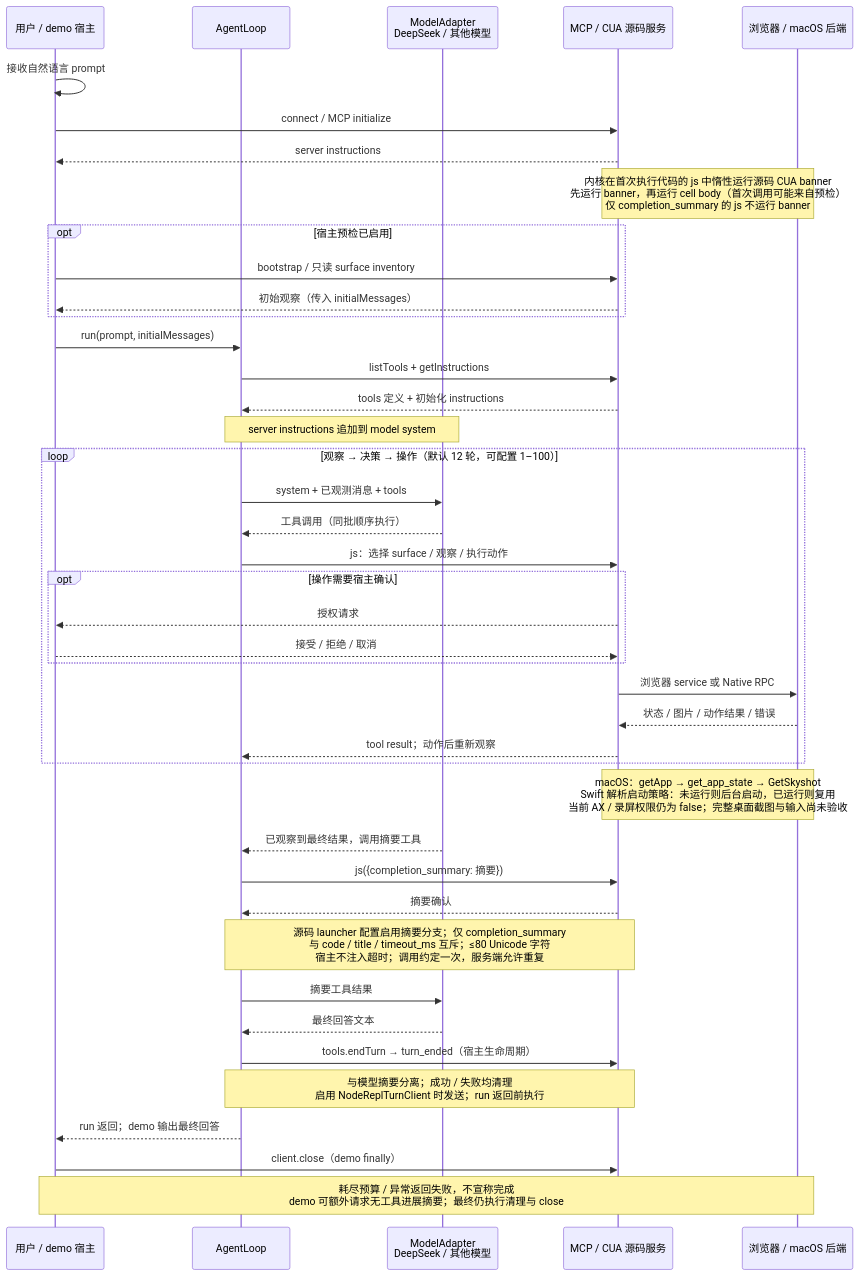
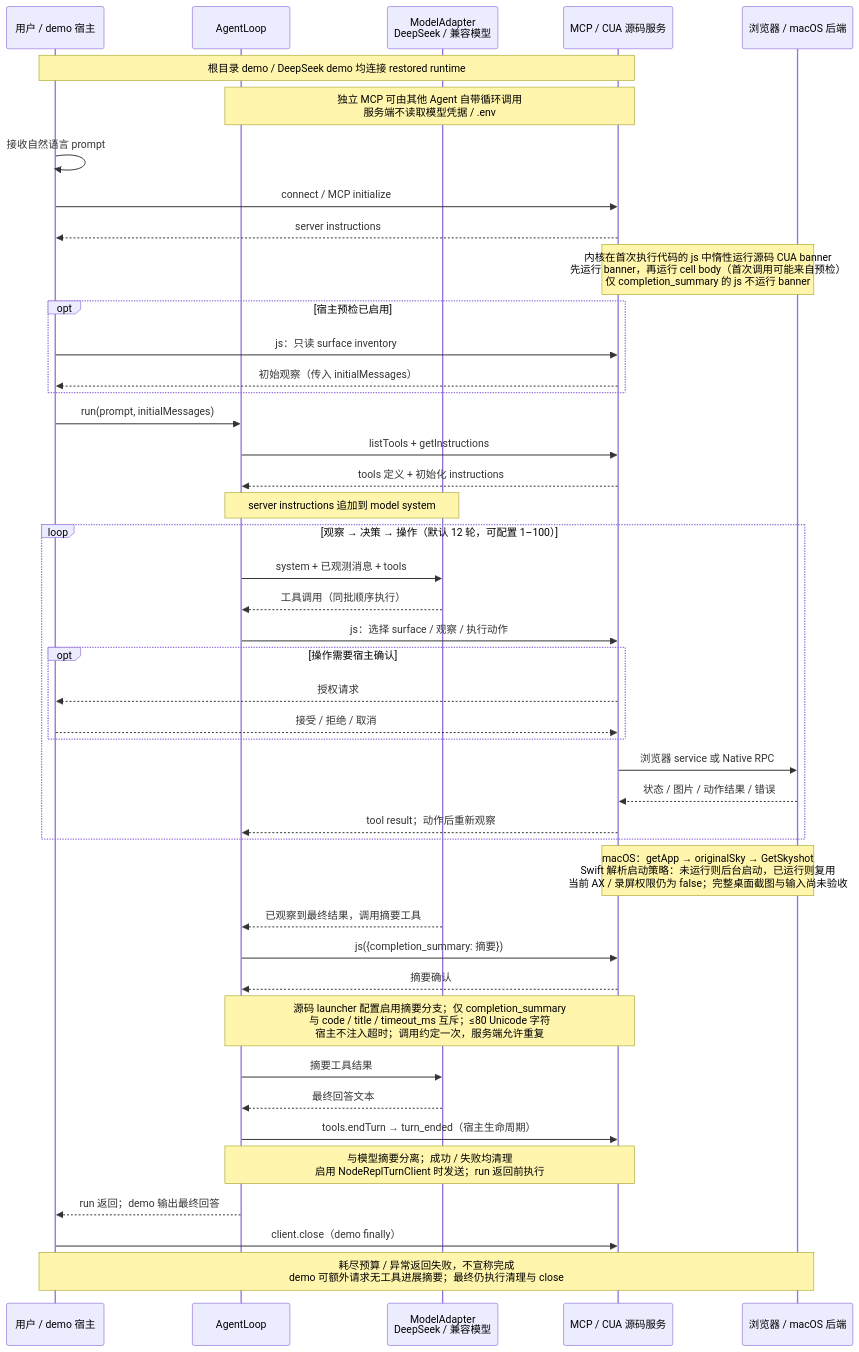
Before and after one commit to vicksiyi/cua-kit: the diagram in docs/diagrams/current-operation-sequence.mmd, drawn with Mermaid. The commit also changed 3 other files, not shown here.

Commit message:
docs: synchronize Lark architecture with migrated default runtime entries

```diff
--- a/docs/diagrams/current-operation-sequence.mmd
+++ b/docs/diagrams/current-operation-sequence.mmd
@@ -1,42 +1,44 @@
 sequenceDiagram
     participant U as 用户 / demo 宿主
     participant L as AgentLoop
-    participant D as ModelAdapter<br/>DeepSeek / 其他模型
+    participant D as ModelAdapter<br/>DeepSeek / 兼容模型
     participant M as MCP / CUA 源码服务
     participant P as 浏览器 / macOS 后端
+    Note over U,M: 根目录 demo / DeepSeek demo 均连接 restored runtime
+    Note over L,M: 独立 MCP 可由其他 Agent 自带循环调用<br/>服务端不读取模型凭据 / .env
     U->>U: 接收自然语言 prompt
     U->>M: connect / MCP initialize
     M-->>U: server instructions
     Note over M,P: 内核在首次执行代码的 js 中惰性运行源码 CUA banner<br/>先运行 banner，再运行 cell body（首次调用可能来自预检）<br/>仅 completion_summary 的 js 不运行 banner
     opt 宿主预检已启用
-        U->>M: bootstrap / 只读 surface inventory
+        U->>M: js：只读 surface inventory
         M-->>U: 初始观察（传入 initialMessages）
     end
     U->>L: run(prompt, initialMessages)
     L->>M: listTools + getInstructions
     M-->>L: tools 定义 + 初始化 instructions
     Note over L,D: server instructions 追加到 model system
     loop 观察 → 决策 → 操作（默认 12 轮，可配置 1–100）
         L->>D: system + 已观测消息 + tools
         D-->>L: 工具调用（同批顺序执行）
         L->>M: js：选择 surface / 观察 / 执行动作
         opt 操作需要宿主确认
             M-->>U: 授权请求
             U-->>M: 接受 / 拒绝 / 取消
         end
         M->>P: 浏览器 service 或 Native RPC
         P-->>M: 状态 / 图片 / 动作结果 / 错误
         M-->>L: tool result；动作后重新观察
     end
-    Note over M,P: macOS：getApp → get_app_state → GetSkyshot<br/>Swift 解析启动策略：未运行则后台启动，已运行则复用<br/>当前 AX / 录屏权限仍为 false；完整桌面截图与输入尚未验收
+    Note over M,P: macOS：getApp → originalSky → GetSkyshot<br/>Swift 解析启动策略：未运行则后台启动，已运行则复用<br/>当前 AX / 录屏权限仍为 false；完整桌面截图与输入尚未验收
     D-->>L: 已观察到最终结果，调用摘要工具
     L->>M: js({completion_summary: 摘要})
     M-->>L: 摘要确认
     Note over L,M: 源码 launcher 配置启用摘要分支；仅 completion_summary<br/>与 code / title / timeout_ms 互斥；≤80 Unicode 字符<br/>宿主不注入超时；调用约定一次，服务端允许重复
     L->>D: 摘要工具结果
     D-->>L: 最终回答文本
     L->>M: tools.endTurn → turn_ended（宿主生命周期）
     Note over L,M: 与模型摘要分离；成功 / 失败均清理<br/>启用 NodeReplTurnClient 时发送；run 返回前执行
     L-->>U: run 返回；demo 输出最终回答
     U->>M: client.close（demo finally）
     Note over U,P: 耗尽预算 / 异常返回失败，不宣称完成<br/>demo 可额外请求无工具进展摘要；最终仍执行清理与 close
```
